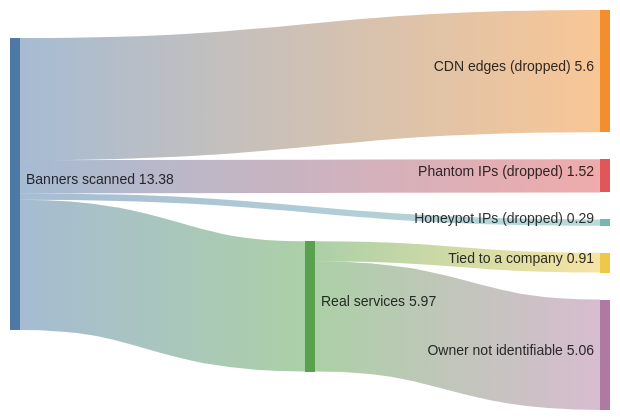
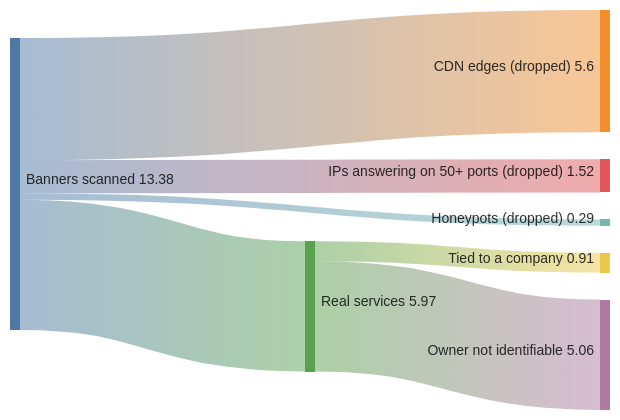
Before and after one commit to SahilChoudhary22/recon-sales-intelligence: the second of 2 diagrams in README.md, drawn with Mermaid. The commit also changed other lines of this file and 2 other files, not shown here.

First line of the commit message:
Docs: end-to-end tracing design, cutting LLM cost further, stack and agents decision; diagrams brought up to date

````diff
--- a/README.md
+++ b/README.md
@@ -131,14 +136,14 @@
 ```mermaid
 ---
 config:
   sankey:
     showValues: true
 ---
 sankey-beta
 Banners scanned,CDN edges (dropped),5.60
-Banners scanned,Phantom IPs (dropped),1.52
-Banners scanned,Honeypot IPs (dropped),0.29
+Banners scanned,IPs answering on 50+ ports (dropped),1.52
+Banners scanned,Honeypots (dropped),0.29
 Banners scanned,Real services,5.97
 Real services,Tied to a company,0.91
 Real services,Owner not identifiable,5.06
 ```
````
